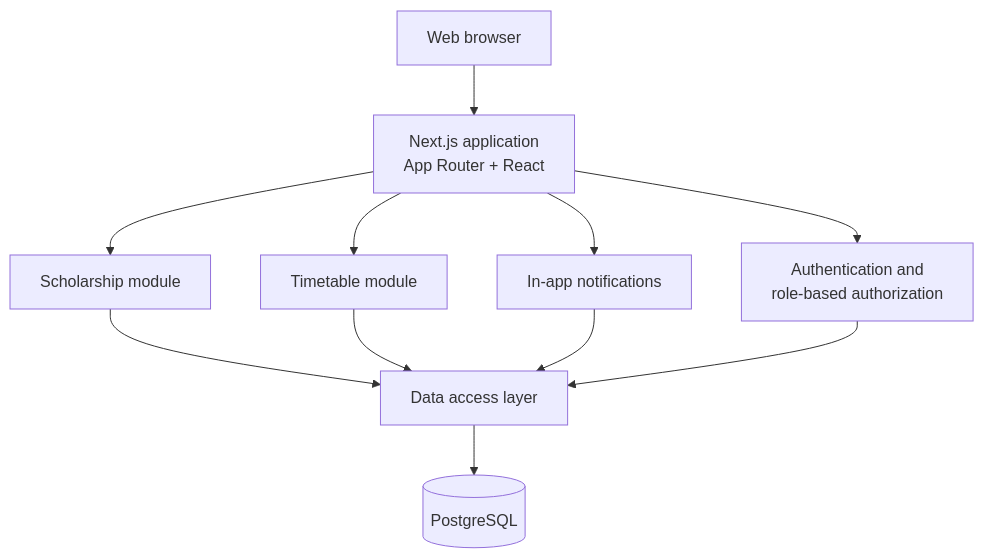
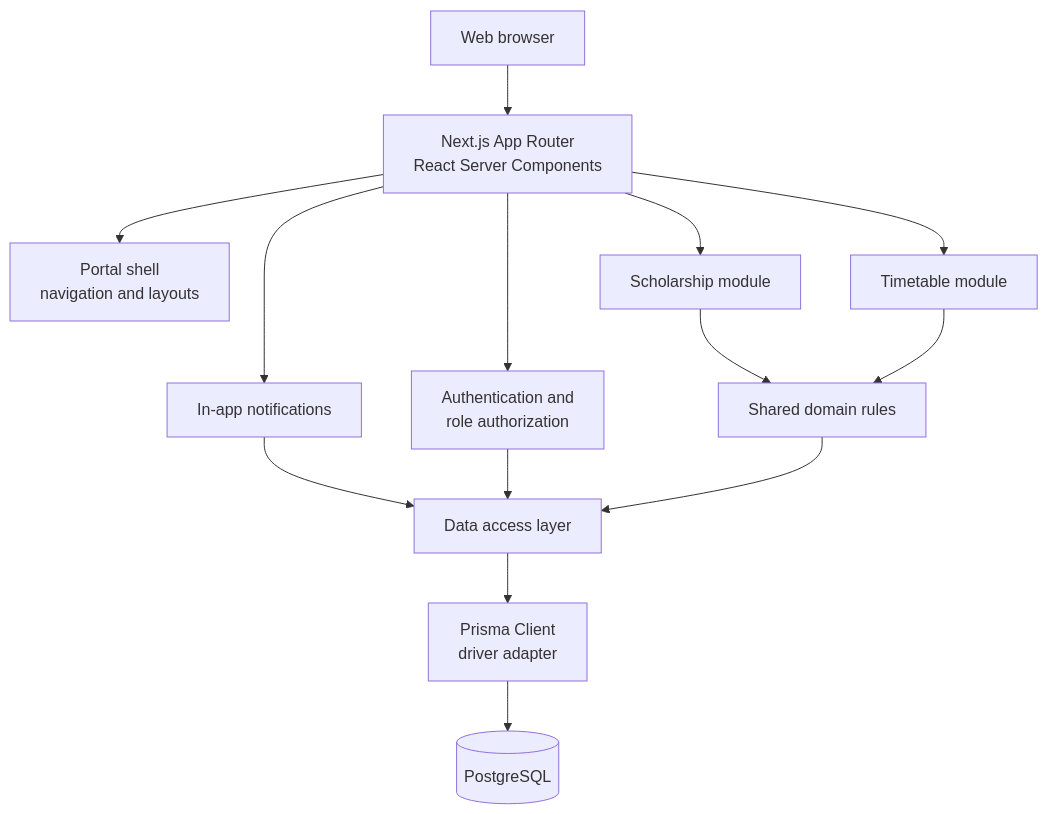
One commit to M-Shehzad8/university-scholarship-timetable-portal changed the diagram in docs/architecture.md. Above: the diagram before and after it, drawn with Mermaid. The commit also changed other lines of this file and 41 other files, not shown here.

First line of the commit message:
feat: add foundational components for UI and navigation

````diff
--- a/docs/architecture.md
+++ b/docs/architecture.md
@@ -7,16 +7,19 @@
 ```mermaid
 flowchart TB
-    Browser[Web browser] --> Next[Next.js application<br/>App Router + React]
+    Browser[Web browser] --> Next[Next.js App Router<br/>React Server Components]
 
-    Next --> Auth[Authentication and<br/>role-based authorization]
+    Next --> Shell[Portal shell<br/>navigation and layouts]
+    Next --> Auth[Authentication and<br/>role authorization]
     Next --> Scholarship[Scholarship module]
     Next --> Timetable[Timetable module]
     Next --> Notifications[In-app notifications]
 
-    Scholarship --> Data[Data access layer]
-    Timetable --> Data
-    Notifications --> Data
+    Scholarship --> Domain[Shared domain rules]
+    Timetable --> Domain
+    Notifications --> Data[Data access layer]
     Auth --> Data
+    Domain --> Data
 
-    Data --> DB[(PostgreSQL)]
+    Data --> Prisma[Prisma Client<br/>driver adapter]
+    Prisma --> DB[(PostgreSQL)]
 ```
````
